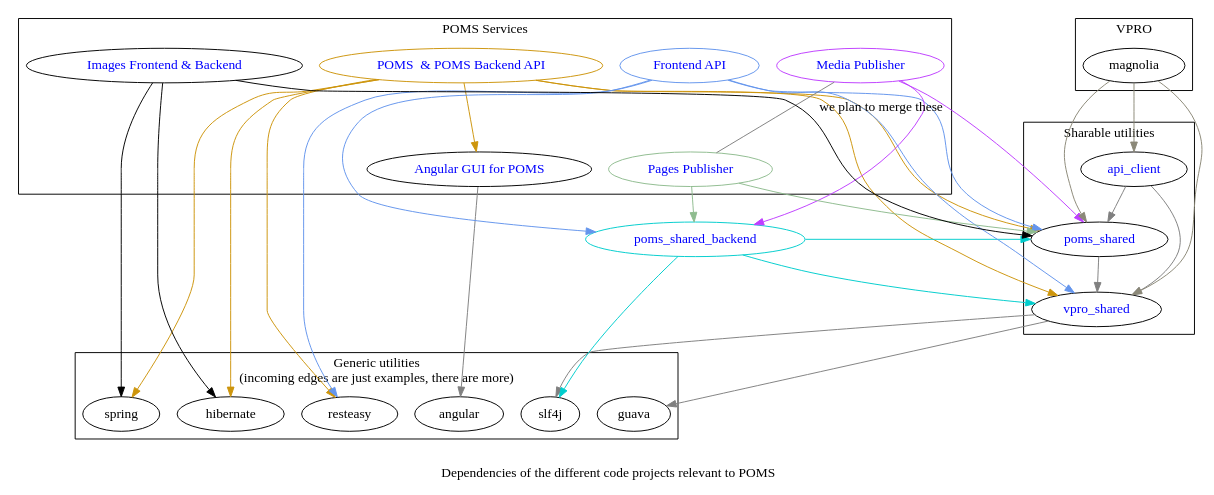
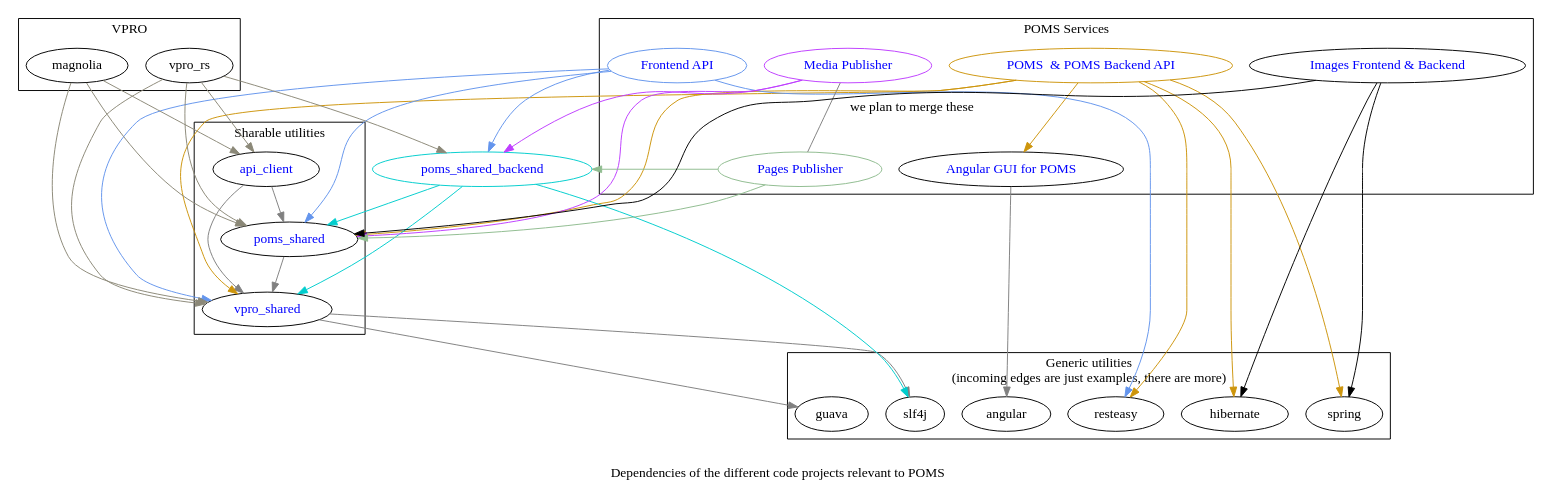
Before and after one commit to npo-poms/poms-parent: the diagram in poms-dependencies.dot, drawn with Graphviz. The commit also changed 2 other files, not shown here.

Commit message:
added vpro_rs as an another example

```diff
--- a/poms-dependencies.dot
+++ b/poms-dependencies.dot
@@ -1,124 +1,133 @@
 
 strict digraph {
   vpro_shared  [ href="https://github.com/vpro/vpro-shared"
                 fontcolor=blue
                 ]
   poms_shared  [
                 href="https://github.com/npo-poms/poms-shared"
                 fontcolor=blue
    ]
   api_client [ href="https://github.com/npo-poms/api-clients" fontcolor=blue ]
   poms_backend [ label="POMS  & POMS Backend API" href="https://subversion.vpro.nl/viewvc/nl/vpro/media" fontcolor=blue color=darkgoldenrod3]
   poms_gui [ label="Angular GUI for POMS" href="https://subversion.vpro.nl/viewvc/nl/vpro/media-gui" fontcolor=blue ]
   poms_shared_backend [ href="https://subversion.vpro.nl/viewvc/nl/publiekeomroep/poms-shared-backend/" fontcolor=blue color=cyan3 ]
   api [ label="Frontend API" href="https://subversion.vpro.nl/viewvc/nl/vpro/api/" fontcolor=blue color=cornflowerblue]
   media_publish [ label="Media Publisher" href="https://subversion.vpro.nl/viewvc/nl/publiekeomroep/npo-publish/" fontcolor=blue color=darkorchid1]
   pages_publish [ label="Pages Publisher" href="https://subversion.vpro.nl/viewvc/nl/publiekeomroep/npo-publish/" fontcolor=blue color=darkseagreen ]
 
   images [ label="Images Frontend & Backend" href="https://subversion.vpro.nl/viewvc/nl/vpro/images/" fontcolor=blue ]
 
 
 
   label="
   Dependencies of the different code projects relevant to POMS";
 
   graph [
          splines = yes
   ]
 
 
   subgraph cluster_0  {
     label="Generic utilities\n(incoming edges are just examples, there are more)"
     //label="Utilities which we don't maintain. These are only some example. Also, not every edge is included";
     slf4j
     guava
     resteasy
     spring
     hibernate
     angular
 
   }
 
   subgraph cluster_1  {
     label="VPRO"
     magnolia
+    vpro_rs
   }
   subgraph cluster_2  {
     label="POMS Services";
     description="These are actually deployed";
     poms_gui
     poms_backend
     pages_publish
     media_publish
     api
     images
   }
 
   subgraph cluster_4  {
     label="Sharable utilities";
     api_client; vpro_shared; poms_shared;
   }
 
 
   vpro_shared -> {
     slf4j
     guava}[color=gray];
   poms_shared -> vpro_shared[color=gray];
   poms_shared_backend -> {
     vpro_shared
     poms_shared
     slf4j
   }[color=cyan3]
 
   api -> {
     poms_shared
     poms_shared_backend
     vpro_shared
     resteasy
   }[color=cornflowerblue]
 
 
   pages_publish -> {
     poms_shared_backend
     poms_shared
   }[color=darkseagreen]
 
   media_publish -> {
     poms_shared
     poms_shared_backend
     }[color=darkorchid1]
 
     media_publish -> pages_publish[color=gray label="we plan to merge these" dir=none]
 
 
 
   api_client -> {
     poms_shared
     vpro_shared
   }[color=gray]
 
 
   images -> {
     poms_shared
     spring
     hibernate
   }
 
   magnolia -> {
     api_client
     vpro_shared
     poms_shared
   }[color=cornsilk4]
 
+
+  vpro_rs -> {
+    api_client
+    vpro_shared
+    poms_shared
+    poms_shared_backend
+  }[color=cornsilk4]
+
   poms_backend -> {
     poms_shared
     poms_gui
     resteasy
     spring
     hibernate
     vpro_shared
   }[color=darkgoldenrod3]
   poms_gui -> angular[color=gray]
 
 
 }
```
